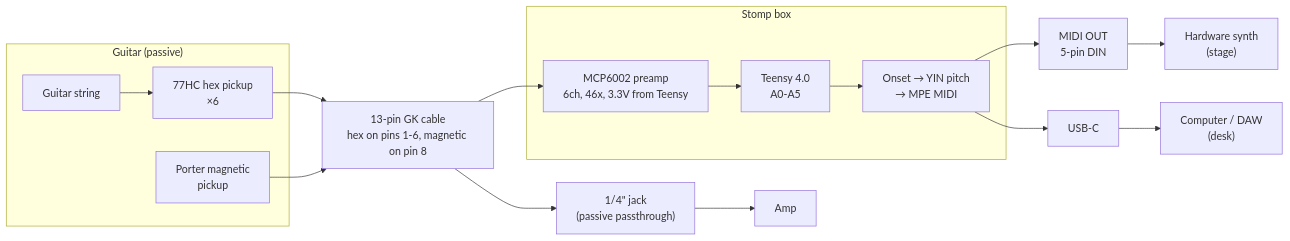
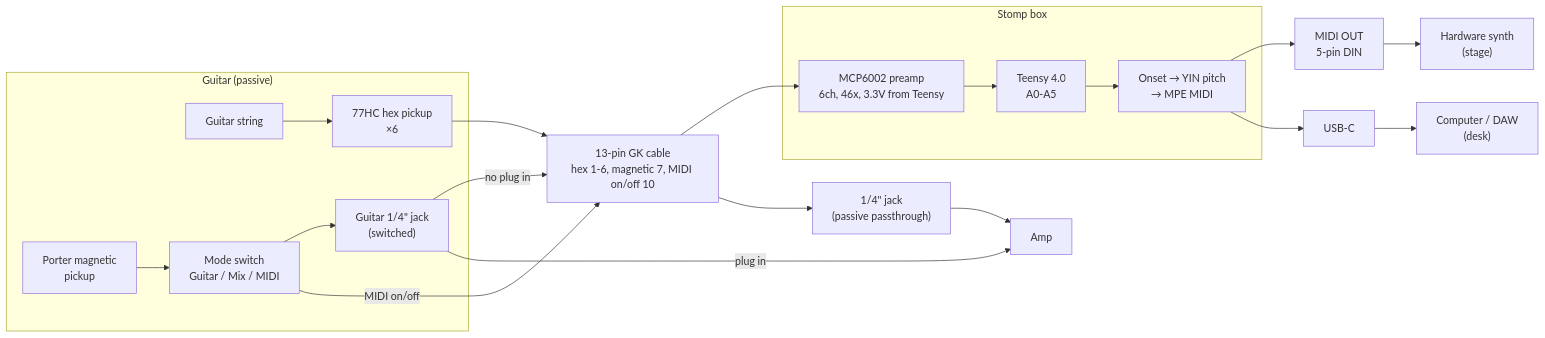
One commit to oo-eric/guitar-build changed the diagram in README.md. Above: the diagram before and after it, drawn with Mermaid. The commit also changed other lines of this file and 2 other files, not shown here.

````diff
--- a/README.md
+++ b/README.md
@@ -38,22 +39,27 @@
 ```mermaid
 flowchart LR
     subgraph G["Guitar (passive)"]
         S["Guitar string"] --> P["77HC hex pickup<br>×6"]
         M["Porter magnetic<br>pickup"]
+        SW["Mode switch<br>Guitar / Mix / MIDI"]
+        GJ["Guitar 1/4&quot; jack<br>(switched)"]
+        M --> SW --> GJ
     end
-    P --> K["13-pin GK cable<br>hex on pins 1-6, magnetic on pin 8"]
-    M --> K
+    P --> K["13-pin GK cable<br>hex 1-6, magnetic 7, MIDI on/off 10"]
+    GJ -- "no plug in" --> K
+    SW -- "MIDI on/off" --> K
     subgraph BOX["Stomp box"]
         B["MCP6002 preamp<br>6ch, 46x, 3.3V from Teensy"]
         ADC["Teensy 4.0<br>A0-A5"]
         DSP["Onset → YIN pitch<br>→ MPE MIDI"]
         B --> ADC --> DSP
     end
     K --> B
     K --> J["1/4&quot; jack<br>(passive passthrough)"]
     DSP --> DIN["MIDI OUT<br>5-pin DIN"]
     DSP --> USB["USB-C"]
+    GJ -- "plug in" --> AMP
     DIN --> SY["Hardware synth<br>(stage)"]
     USB --> C["Computer / DAW<br>(desk)"]
     J --> AMP["Amp"]
 ```
````
